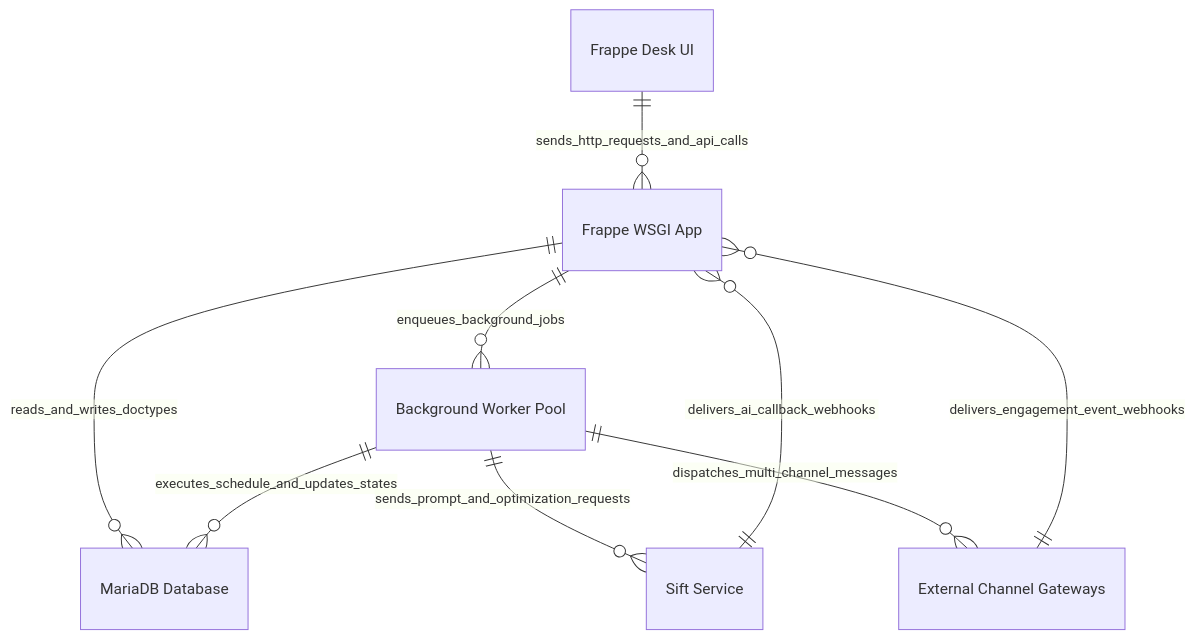
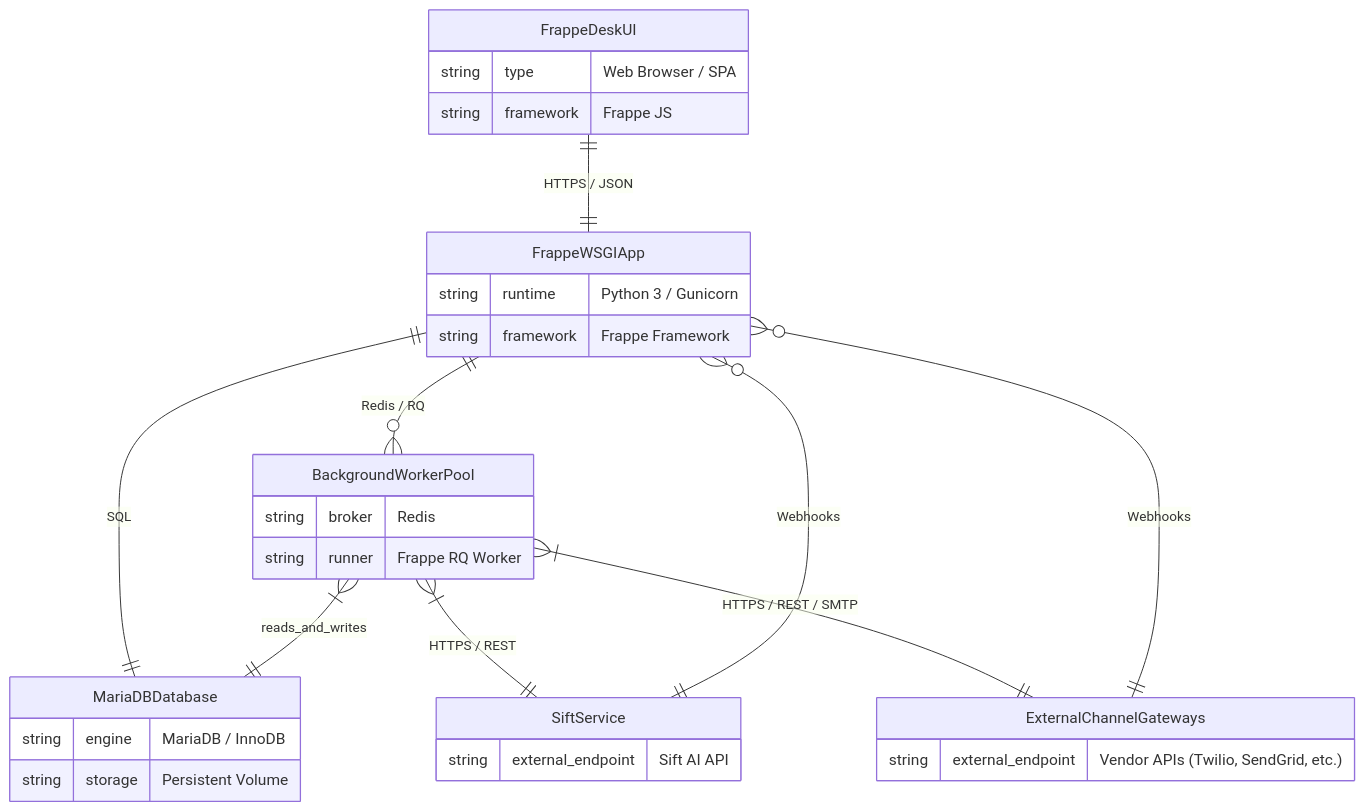
The diagram in frappe_cadence/docs/architecture/c4/02-container.md (aurumorcom/frappe-cadence), drawn with Mermaid before and after one commit. The commit also changed other lines of this file and 15 other files, not shown here.

First line of the commit message:
docs: add comprehensive architecture documentation

````diff
--- a/frappe_cadence/docs/architecture/c4/02-container.md
+++ b/frappe_cadence/docs/architecture/c4/02-container.md
@@ -7,11 +8,39 @@
 ```mermaid
 erDiagram
-    "Frappe Desk UI" ||--o{ "Frappe WSGI App" : "sends_http_requests_and_api_calls"
-    "Frappe WSGI App" ||--o{ "MariaDB Database" : "reads_and_writes_doctypes"
-    "Frappe WSGI App" ||--o{ "Background Worker Pool" : "enqueues_background_jobs"
-    "Background Worker Pool" ||--o{ "MariaDB Database" : "executes_schedule_and_updates_states"
-    "Background Worker Pool" ||--o{ "Sift Service" : "sends_prompt_and_optimization_requests"
-    "Background Worker Pool" ||--o{ "External Channel Gateways" : "dispatches_multi_channel_messages"
-    "Sift Service" ||--o{ "Frappe WSGI App" : "delivers_ai_callback_webhooks"
-    "External Channel Gateways" ||--o{ "Frappe WSGI App" : "delivers_engagement_event_webhooks"
+    FrappeDeskUI ||--|| FrappeWSGIApp : "HTTPS / JSON"
+    FrappeWSGIApp ||--|| MariaDBDatabase : "SQL"
+    FrappeWSGIApp ||--o{ BackgroundWorkerPool : "Redis / RQ"
+    BackgroundWorkerPool }|--|| MariaDBDatabase : "reads_and_writes"
+    BackgroundWorkerPool }|--|| SiftService : "HTTPS / REST"
+    BackgroundWorkerPool }|--|| ExternalChannelGateways : "HTTPS / REST / SMTP"
+    SiftService ||--o{ FrappeWSGIApp : "Webhooks"
+    ExternalChannelGateways ||--o{ FrappeWSGIApp : "Webhooks"
+
+    FrappeDeskUI {
+        string type "Web Browser / SPA"
+        string framework "Frappe JS"
+    }
+
+    FrappeWSGIApp {
+        string runtime "Python 3 / Gunicorn"
+        string framework "Frappe Framework"
+    }
+
+    MariaDBDatabase {
+        string engine "MariaDB / InnoDB"
+        string storage "Persistent Volume"
+    }
+
+    BackgroundWorkerPool {
+        string broker "Redis"
+        string runner "Frappe RQ Worker"
+    }
+
+    SiftService {
+        string external_endpoint "Sift AI API"
+    }
+
+    ExternalChannelGateways {
+        string external_endpoint "Vendor APIs (Twilio, SendGrid, etc.)"
+    }
 ```
````
